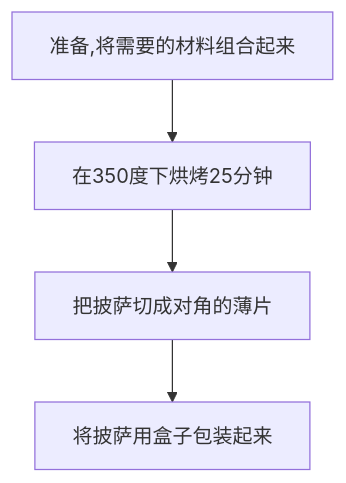
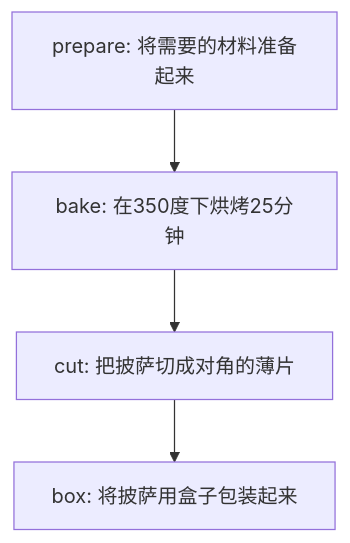
One commit to Liushaowu/head-first-design-mode changed the diagram in src/com/design/mode/factory/simple/Readme.md. Above: the diagram before and after it, drawn with Mermaid. The commit also changed other lines of this file, not shown here.

````diff
--- a/src/com/design/mode/factory/simple/Readme.md
+++ b/src/com/design/mode/factory/simple/Readme.md
@@ -14,4 +14,10 @@
 ```mermaid
-flowchart TD
-    准备,将需要的材料组合起来  -->  在350度下烘烤25分钟 --> 把披萨切成对角的薄片 --> 将披萨用盒子包装起来
+    graph TD
+    prepare[prepare: 将需要的材料准备起来]
+    bake[bake: 在350度下烘烤25分钟]
+    cut[cut: 把披萨切成对角的薄片]
+    box[box: 将披萨用盒子包装起来]
+    prepare --> bake
+    bake --> cut 
+    cut --> box
 ```
````
